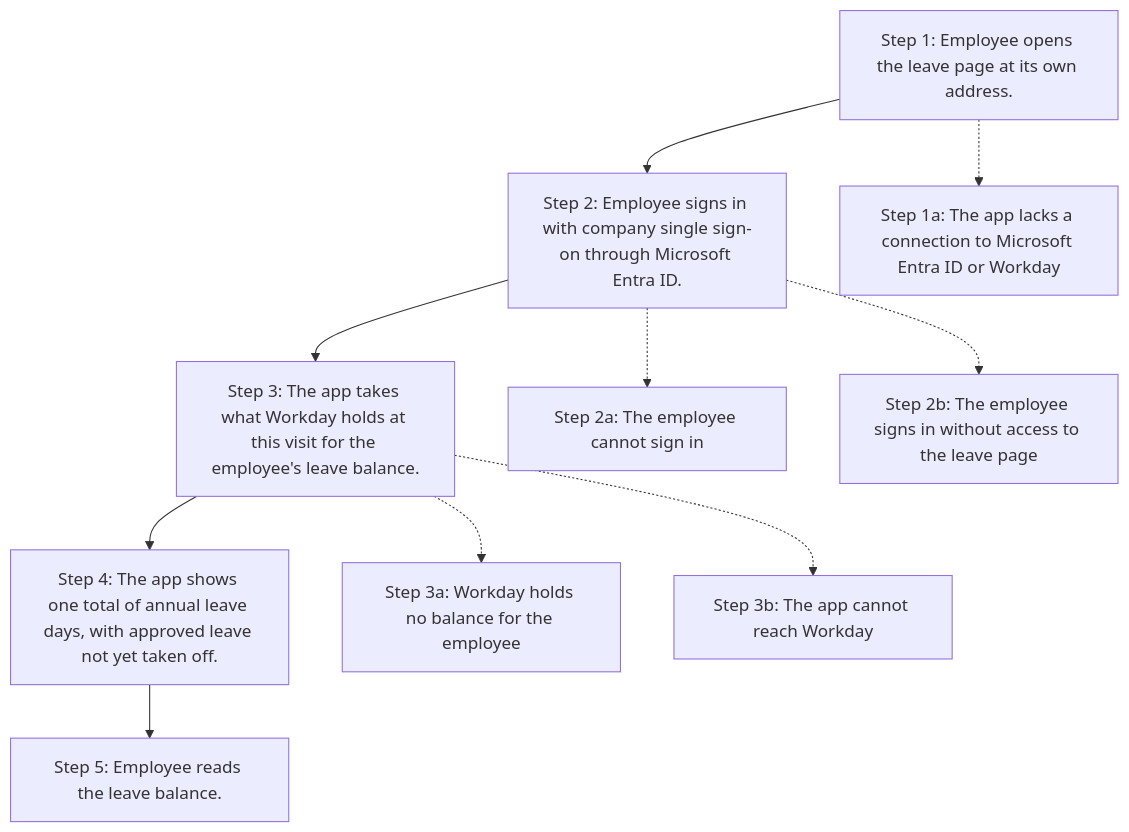
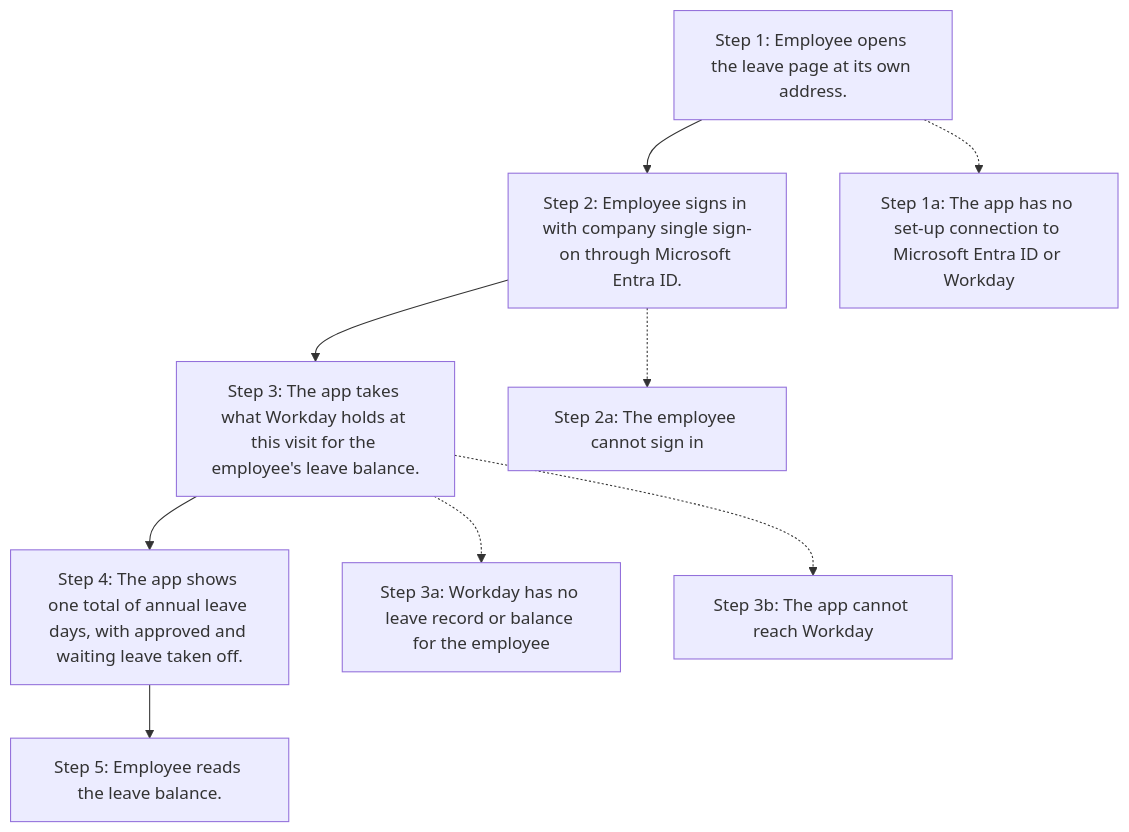
Before and after one commit to lhtshyamalshah/northstar-support-portal: the fifth of 5 diagrams in zbrain-docs/requirements/user-journey.md, drawn with Mermaid. The commit also changed other lines of this file and 1 other file, not shown here.

First line of the commit message:
docs(requirements): document leave page access and Workday integration behavior

````diff
--- a/zbrain-docs/requirements/user-journey.md
+++ b/zbrain-docs/requirements/user-journey.md
@@ -134,12 +133,11 @@
 ```mermaid
 flowchart TD
   s1["Step 1: Employee opens the leave page at its own address."] --> s2["Step 2: Employee signs in with company single sign-on through Microsoft Entra ID."]
   s2 --> s3["Step 3: The app takes what Workday holds at this visit for the employee's leave balance."]
-  s3 --> s4["Step 4: The app shows one total of annual leave days, with approved leave not yet taken off."]
+  s3 --> s4["Step 4: The app shows one total of annual leave days, with approved and waiting leave taken off."]
   s4 --> s5["Step 5: Employee reads the leave balance."]
-  s1 -.-> x1a["Step 1a: The app lacks a connection to Microsoft Entra ID or Workday"]
+  s1 -.-> x1a["Step 1a: The app has no set-up connection to Microsoft Entra ID or Workday"]
   s2 -.-> x2a["Step 2a: The employee cannot sign in"]
-  s2 -.-> x2b["Step 2b: The employee signs in without access to the leave page"]
-  s3 -.-> x3a["Step 3a: Workday holds no balance for the employee"]
+  s3 -.-> x3a["Step 3a: Workday has no leave record or balance for the employee"]
   s3 -.-> x3b["Step 3b: The app cannot reach Workday"]
 ```
````
